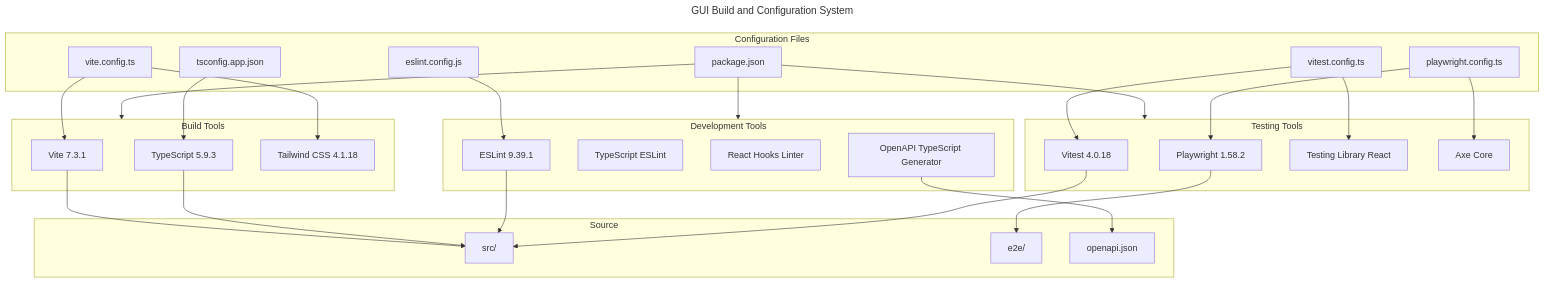
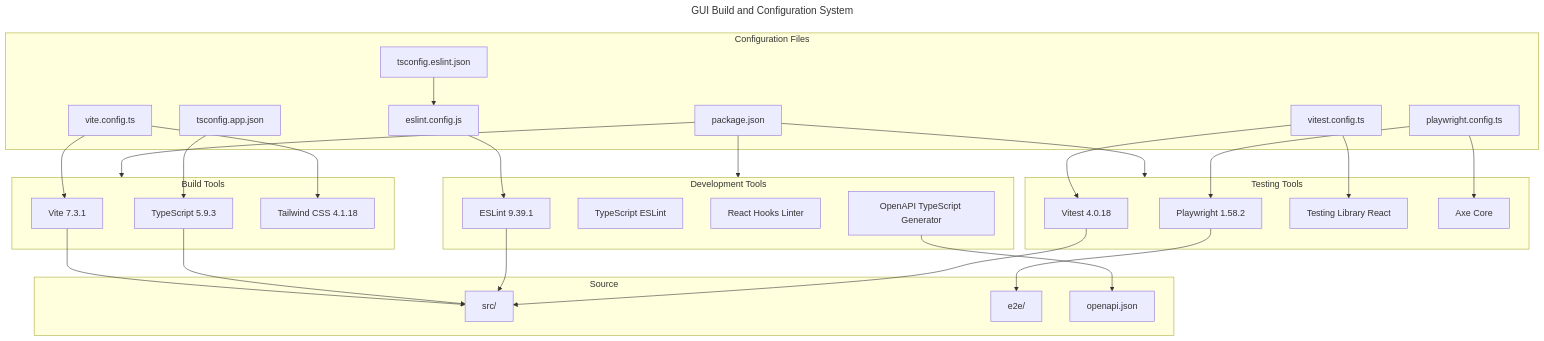
One commit to gwickman/stoat-and-ferret changed the diagram in docs/C4-Documentation/c4-code-gui.md. Above: the diagram before and after it, drawn with Mermaid. The commit also changed other lines of this file, not shown here.

First line of the commit message:
docs(c4): document type-aware ESLint config in GUI code-level doc (BL-742) (#947)

````diff
--- a/docs/C4-Documentation/c4-code-gui.md
+++ b/docs/C4-Documentation/c4-code-gui.md
@@ -161,59 +172,61 @@
 ```mermaid
 ---
 title: GUI Build and Configuration System
 ---
 graph TB
     subgraph BuildTools["Build Tools"]
         Vite["Vite 7.3.1"]
         TSCompiler["TypeScript 5.9.3"]
         Tailwind["Tailwind CSS 4.1.18"]
     end
     
     subgraph TestTools["Testing Tools"]
         Vitest["Vitest 4.0.18"]
         Playwright["Playwright 1.58.2"]
         TestingLib["Testing Library React"]
         AxeCore["Axe Core"]
     end
     
     subgraph DevTools["Development Tools"]
         ESLint["ESLint 9.39.1"]
         TypeScriptESLint["TypeScript ESLint"]
         ReactHooks["React Hooks Linter"]
         OpenAPIGen["OpenAPI TypeScript Generator"]
     end
     
     subgraph Config["Configuration Files"]
         ViteConfig["vite.config.ts"]
         TSConfig["tsconfig.app.json"]
+        TSConfigESLint["tsconfig.eslint.json"]
         ESLintConfig["eslint.config.js"]
         VitestConfig["vitest.config.ts"]
         PlaywrightConfig["playwright.config.ts"]
         PkgJson["package.json"]
     end
     
     subgraph Source["Source"]
         SrcDir["src/"]
         E2EDir["e2e/"]
         OpenAPI["openapi.json"]
     end
     
     ViteConfig --> Vite
     ViteConfig --> Tailwind
     TSConfig --> TSCompiler
+    TSConfigESLint --> ESLintConfig
     ESLintConfig --> ESLint
     VitestConfig --> Vitest
     VitestConfig --> TestingLib
     PlaywrightConfig --> Playwright
     PlaywrightConfig --> AxeCore
     PkgJson --> BuildTools
     PkgJson --> TestTools
     PkgJson --> DevTools
     
     Vite --> SrcDir
     TSCompiler --> SrcDir
     ESLint --> SrcDir
     Vitest --> SrcDir
     Playwright --> E2EDir
     OpenAPIGen --> OpenAPI
 ```
````
